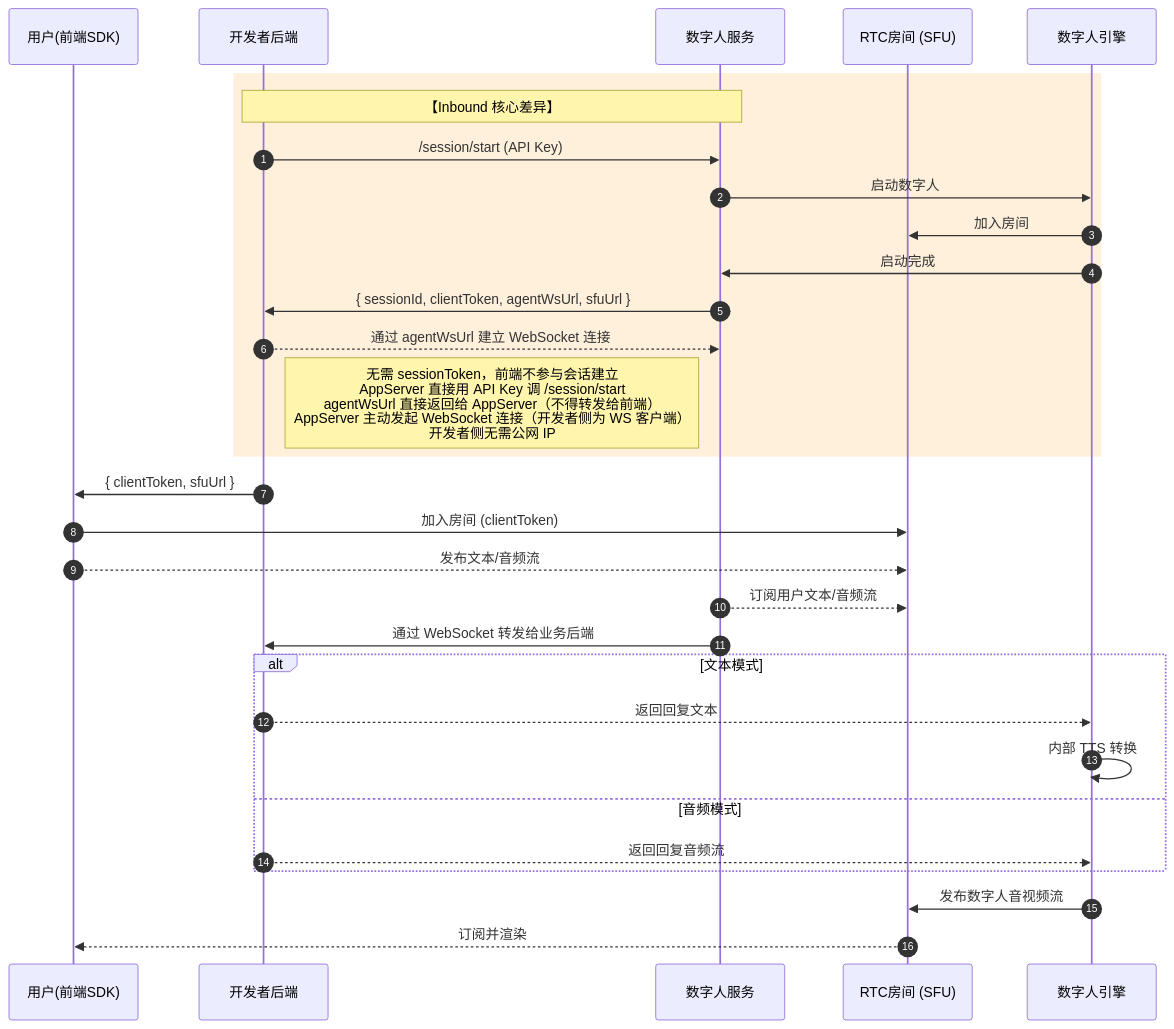
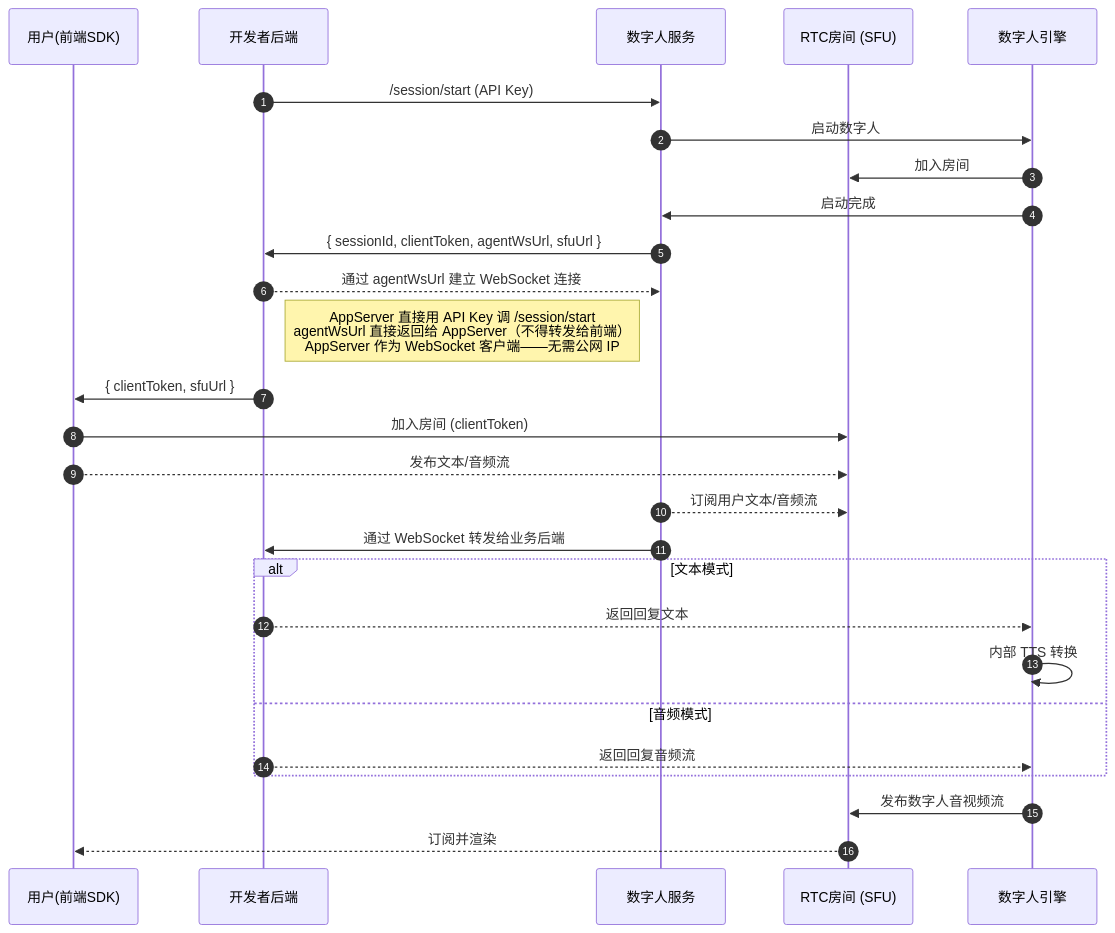
The first of 2 diagrams in PROTOCOL.zh.md (newportAI-lab/liveavatar-channel-python), drawn with Mermaid before and after one commit. The commit also changed other lines of this file and 1 other file, not shown here.

````diff
--- a/PROTOCOL.zh.md
+++ b/PROTOCOL.zh.md
@@ -78,42 +74,34 @@
 ```mermaid
 sequenceDiagram
     autonumber
     participant User as 用户(前端SDK)
     participant AppServer as 开发者后端
     participant Platform as 数字人服务
     participant RTC as RTC房间 (SFU)
     participant Avatar as 数字人引擎
 
-    %% 核心差异高亮：整个会话建立过程全在服务端完成
-    rect rgb(255, 240, 220)
-    Note over AppServer, Platform: 【Inbound 核心差异】
     AppServer->>Platform: /session/start (API Key)
     Platform->>Avatar: 启动数字人
     Avatar->>RTC: 加入房间
     Avatar->>Platform: 启动完成
     Platform->>AppServer: { sessionId, clientToken, agentWsUrl, sfuUrl }
     AppServer-->>Platform: 通过 agentWsUrl 建立 WebSocket 连接
-    Note right of AppServer: 无需 sessionToken，前端不参与会话建立<br/>AppServer 直接用 API Key 调 /session/start<br/>agentWsUrl 直接返回给 AppServer（不得转发给前端）<br/>AppServer 主动发起 WebSocket 连接（开发者侧为 WS 客户端）<br/>开发者侧无需公网 IP
-    end
+    Note right of AppServer: AppServer 直接用 API Key 调 /session/start<br/>agentWsUrl 直接返回给 AppServer（不得转发给前端）<br/>AppServer 作为 WebSocket 客户端——无需公网 IP
     AppServer->>User: { clientToken, sfuUrl }
 
-
-    %% 2. RTC 链路建立
     User->>RTC: 加入房间 (clientToken)
     User-->>RTC: 发布文本/音频流
 
-    %% 3. 核心业务循环
     Platform-->>RTC: 订阅用户文本/音频流
     Platform->>AppServer: 通过 WebSocket 转发给业务后端
 
     alt 文本模式
         AppServer-->>Avatar: 返回回复文本
         Avatar->>Avatar: 内部 TTS 转换
     else 音频模式
         AppServer-->>Avatar: 返回回复音频流
     end
 
-    %% 4. 数字人反馈
     Avatar->>RTC: 发布数字人音视频流
     RTC-->>User: 订阅并渲染
 ```
````
